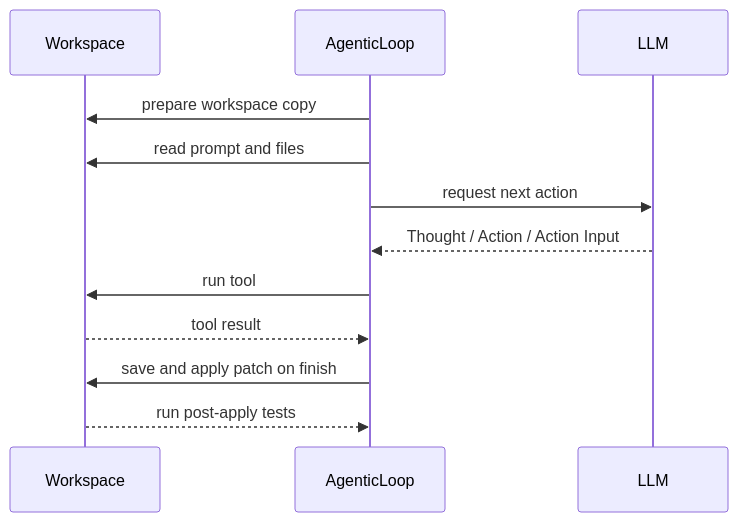
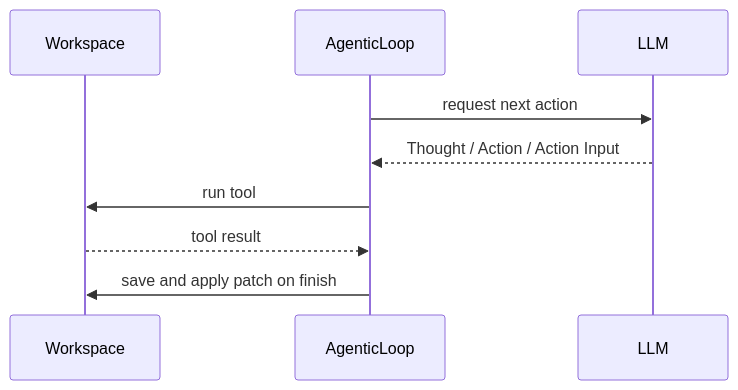
Before and after one commit to mtov/minixx: the first of 2 diagrams in README.md, drawn with Mermaid. The commit also changed 4 other files, not shown here.

````diff
--- a/README.md
+++ b/README.md
@@ -206,15 +206,12 @@
 ```mermaid
 sequenceDiagram
     participant Workspace as Workspace
     participant AgentLoop as AgenticLoop
     participant Model as LLM
 
-    AgentLoop->>Workspace: prepare workspace copy
-    AgentLoop->>Workspace: read prompt and files
     AgentLoop->>Model: request next action
     Model-->>AgentLoop: Thought / Action / Action Input
     AgentLoop->>Workspace: run tool
     Workspace-->>AgentLoop: tool result
     AgentLoop->>Workspace: save and apply patch on finish
-    Workspace-->>AgentLoop: run post-apply tests
 ```
````
